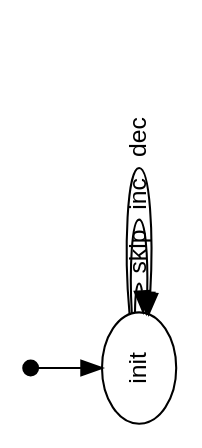
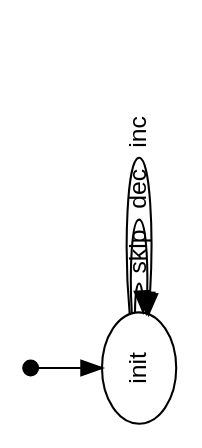
One commit to cyrille-artho/modbat changed the diagram in log/genlabel3.dot. Above: the diagram before and after it, drawn with Graphviz. The commit also changed other lines of this file and 3 other files, not shown here.

```diff
--- a/log/genlabel3.dot
+++ b/log/genlabel3.dot
@@ -1,11 +1,11 @@
 digraph model {
   orientation = landscape;
   graph [ rankdir = "TB", ranksep="0.4", nodesep="0.2" ];
   node [ fontname = "Helvetica", fontsize="12.0", margin="0.07" ];
   edge [ fontname = "Helvetica", fontsize="12.0", margin="0.05" ];
   "" [ shape = "point", height="0.1" ];
   "" -> init
   init	-> init [ label = " skip " ];
+  init	-> init [ label = " dec " ];
   init	-> init [ label = " inc " ];
-  init	-> init [ label = " dec " ];
 }
```
